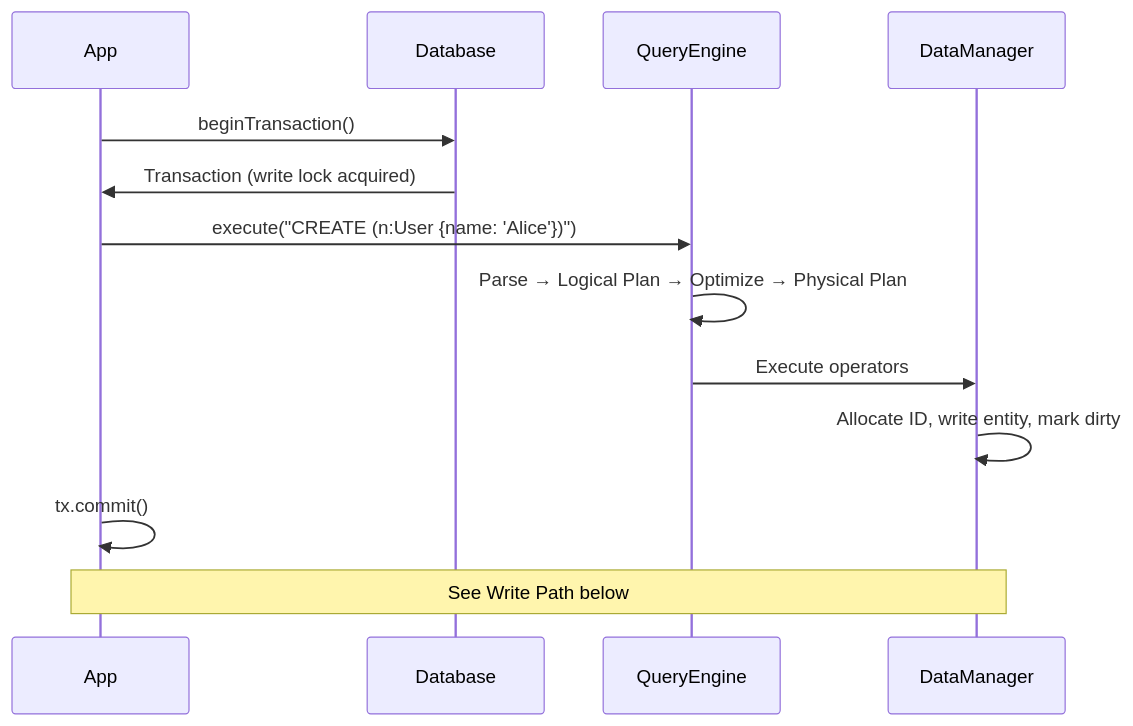
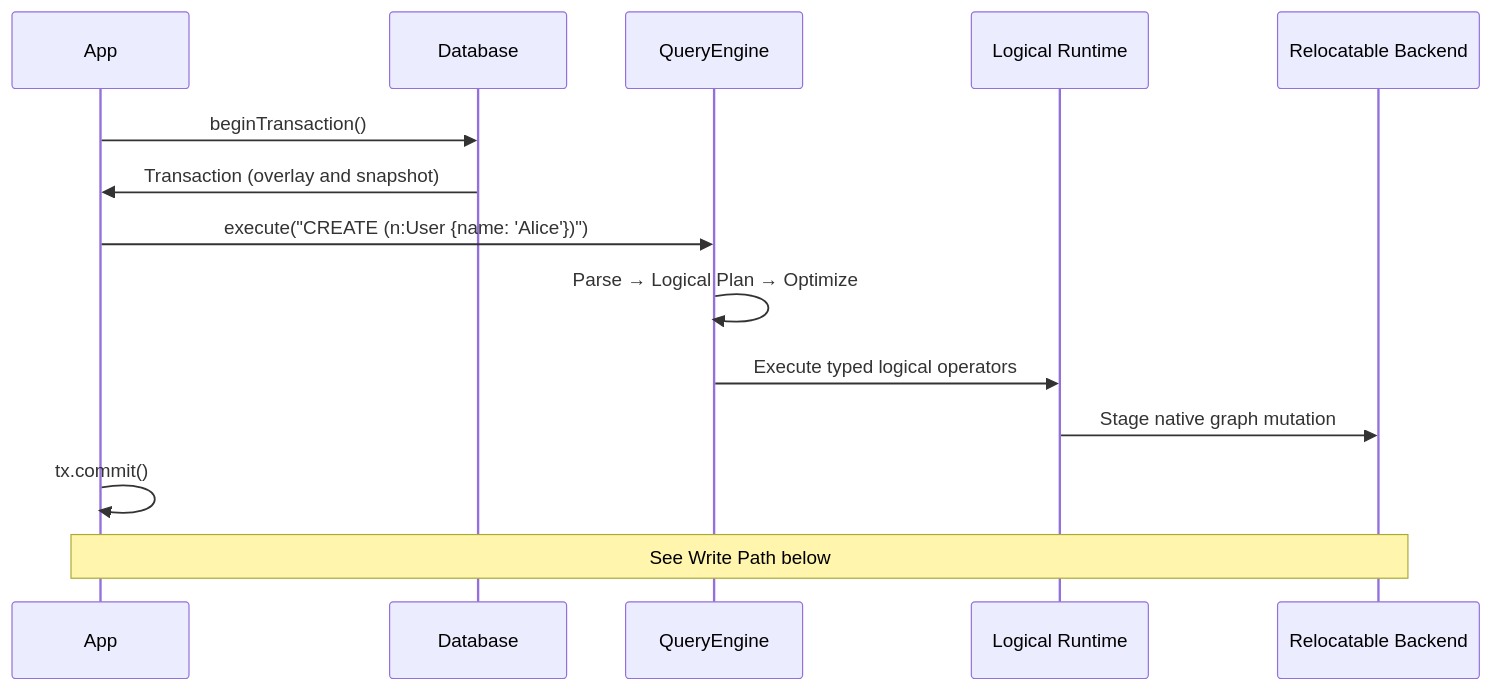
The second of 4 diagrams in docs/apps/docs/content/docs/en/zyx/architecture/overview.mdx (nexepic/zyx), drawn with Mermaid before and after one commit. The commit also changed other lines of this file and 1349 other files, not shown here.

First line of the commit message:
Retire legacy storage and harden native graph persistence

````diff
--- a/docs/apps/docs/content/docs/en/zyx/architecture/overview.mdx
+++ b/docs/apps/docs/content/docs/en/zyx/architecture/overview.mdx
@@ -97,16 +95,17 @@
 ```mermaid
 sequenceDiagram
     participant App
     participant DB as Database
     participant QE as QueryEngine
-    participant DM as DataManager
+    participant RT as Logical Runtime
+    participant B as Relocatable Backend
 
     App->>DB: beginTransaction()
-    DB->>App: Transaction (write lock acquired)
+    DB->>App: Transaction (overlay and snapshot)
     App->>QE: execute("CREATE (n:User {name: 'Alice'})")
-    QE->>QE: Parse → Logical Plan → Optimize → Physical Plan
-    QE->>DM: Execute operators
-    DM->>DM: Allocate ID, write entity, mark dirty
+    QE->>QE: Parse → Logical Plan → Optimize
+    QE->>RT: Execute typed logical operators
+    RT->>B: Stage native graph mutation
     App->>App: tx.commit()
-    Note over App,DM: See Write Path below
+    Note over App,B: See Write Path below
 ```
````
